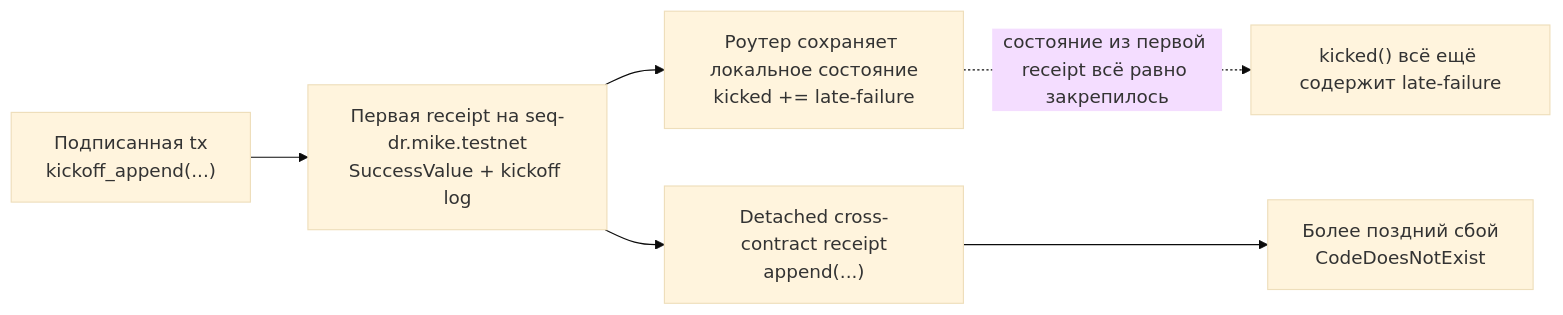
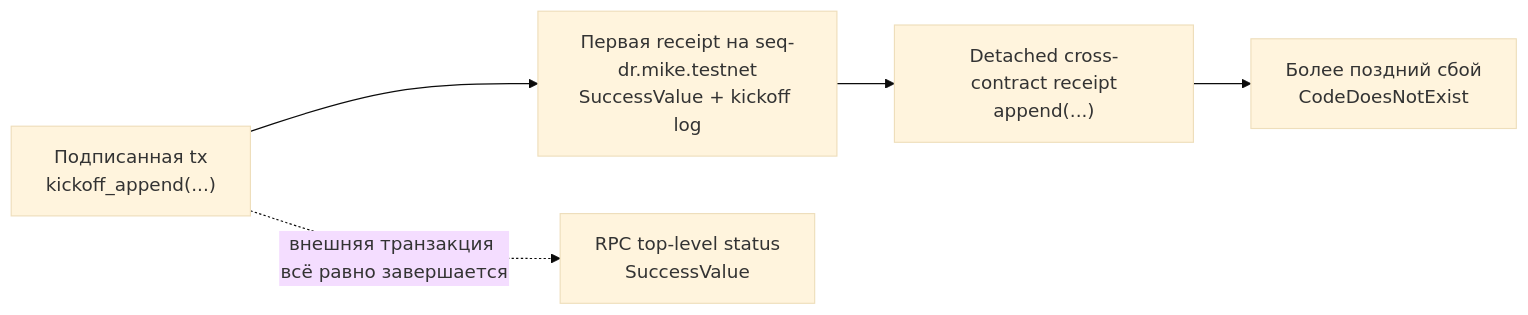
Before and after one commit to fastnear/builder-docs: the fourth of 6 diagrams in i18n/ru/docusaurus-plugin-content-docs/current/tx/examples.md, drawn with Mermaid (base theme). The commit also changed other lines of this file and 22 other files, not shown here.

````diff
--- a/i18n/ru/docusaurus-plugin-content-docs/current/tx/examples.md
+++ b/i18n/ru/docusaurus-plugin-content-docs/current/tx/examples.md
@@ -529,8 +529,7 @@
 ```mermaid
 flowchart LR
     T["Подписанная tx<br/>kickoff_append(...)"] --> R["Первая receipt на seq-dr.mike.testnet<br/>SuccessValue + kickoff log"]
-    R --> S["Роутер сохраняет локальное состояние<br/>kicked += late-failure"]
     R --> D["Detached cross-contract receipt<br/>append(...)"]
     D --> F["Более поздний сбой<br/>CodeDoesNotExist"]
-    S -. "состояние из первой receipt всё равно закрепилось" .-> K["kicked() всё ещё содержит late-failure"]
+    T -. "внешняя транзакция всё равно завершается" .-> X["RPC top-level status<br/>SuccessValue"]
 ```
````
